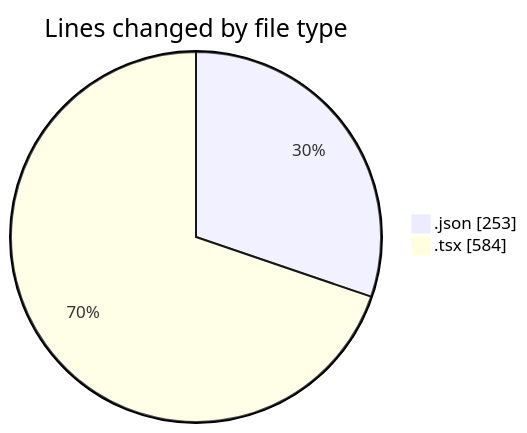
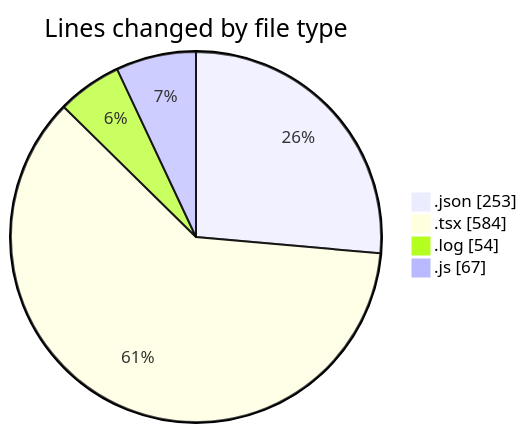
One commit to momahboobian/code-tracking changed the first of 2 diagrams in 2026-03-24/cda/README.md. Above: the diagram before and after it, drawn with Mermaid. The commit also changed other lines of this file and 1 other file, not shown here.

````diff
--- a/2026-03-24/cda/README.md
+++ b/2026-03-24/cda/README.md
@@ -24,6 +26,8 @@
 ```mermaid
 pie showData
 title Lines changed by file type
 ".json" : 253
 ".tsx" : 584
+".log" : 54
+".js" : 67
 ```
````
